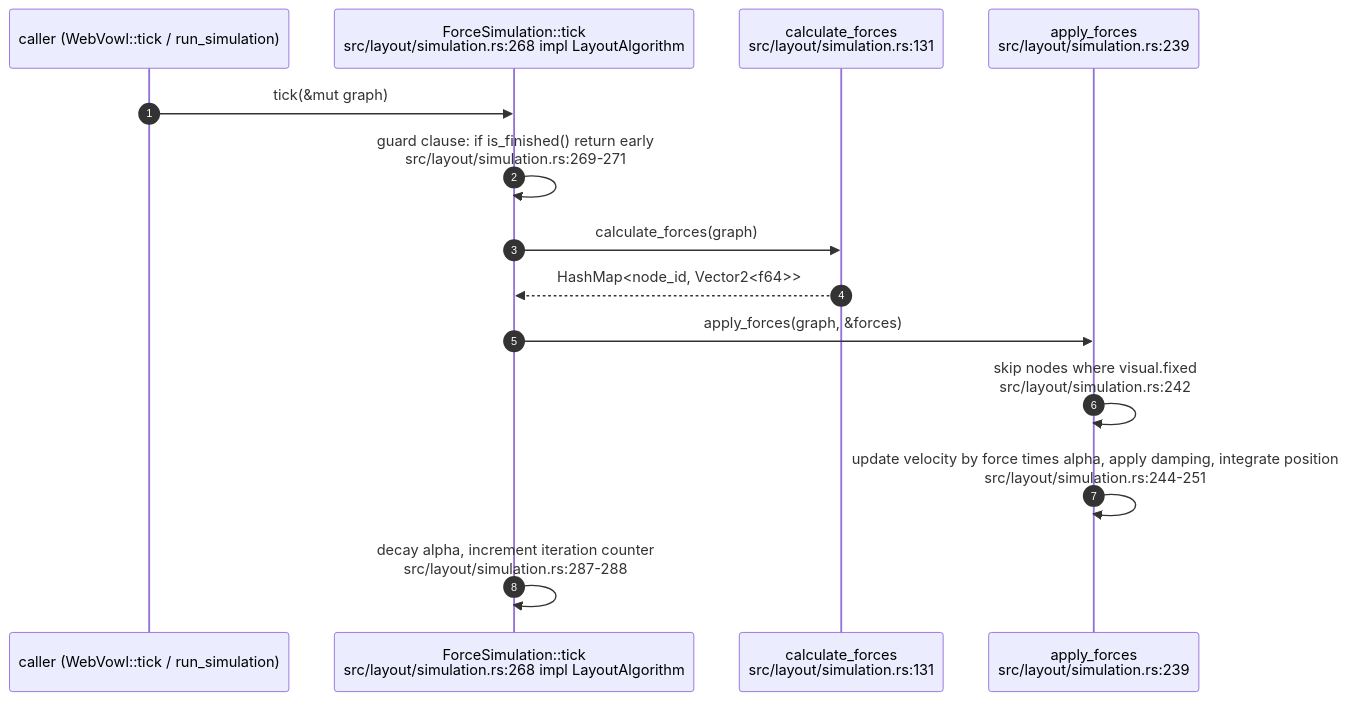
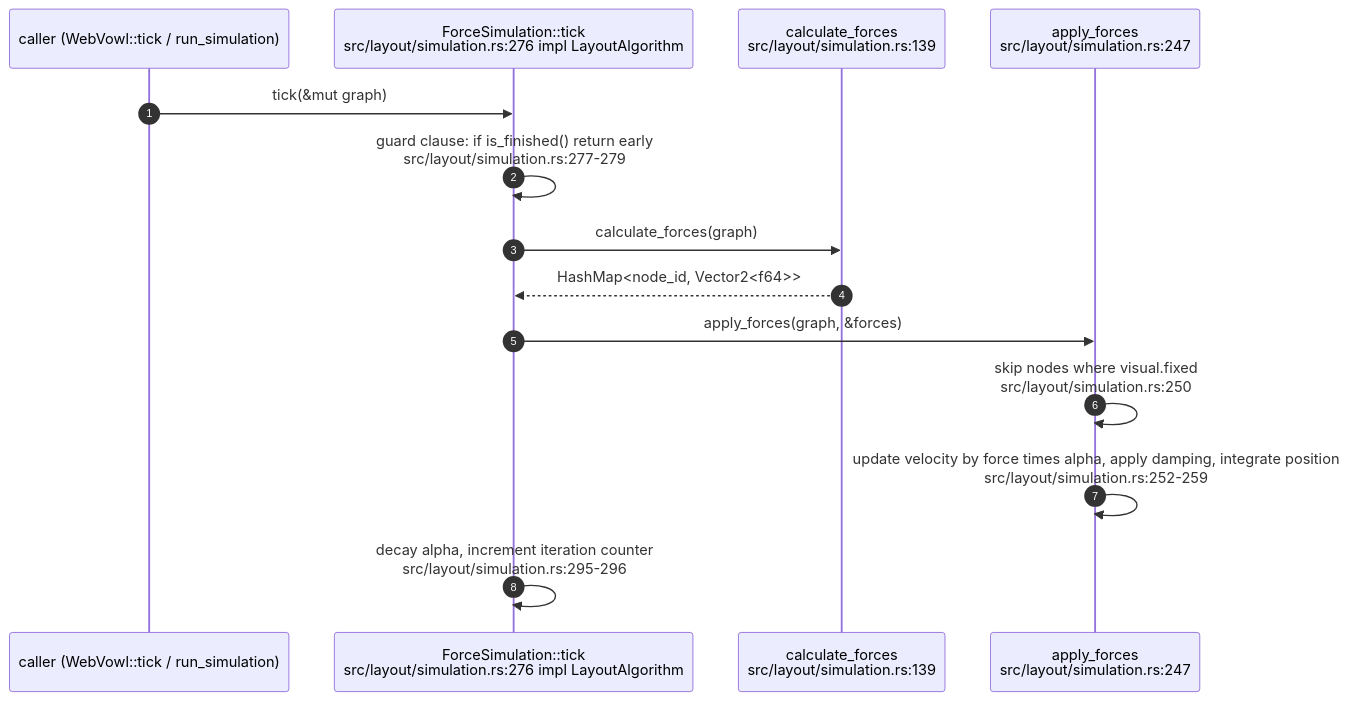
One commit to DreamLab-AI/VisionFlow changed the first of 9 diagrams in docs/diagrams/vowl-wasm/03-force-layout-lifecycle.md. Above: the diagram before and after it, drawn with Mermaid. The commit also changed other lines of this file and 160 other files, not shown here.

````diff
--- a/docs/diagrams/vowl-wasm/03-force-layout-lifecycle.md
+++ b/docs/diagrams/vowl-wasm/03-force-layout-lifecycle.md
@@ -21,16 +24,16 @@
 ```mermaid
 sequenceDiagram
     autonumber
     participant C as caller (WebVowl::tick / run_simulation)
-    participant FS as ForceSimulation::tick<br/>src/layout/simulation.rs:268 impl LayoutAlgorithm
-    participant CF as calculate_forces<br/>src/layout/simulation.rs:131
-    participant AF as apply_forces<br/>src/layout/simulation.rs:239
+    participant FS as ForceSimulation::tick<br/>src/layout/simulation.rs:276 impl LayoutAlgorithm
+    participant CF as calculate_forces<br/>src/layout/simulation.rs:139
+    participant AF as apply_forces<br/>src/layout/simulation.rs:247
     C->>FS: tick(&mut graph)
-    FS->>FS: guard clause: if is_finished() return early<br/>src/layout/simulation.rs:269-271
+    FS->>FS: guard clause: if is_finished() return early<br/>src/layout/simulation.rs:277-279
     FS->>CF: calculate_forces(graph)
     CF-->>FS: HashMap<node_id, Vector2<f64>>
     FS->>AF: apply_forces(graph, &forces)
-    AF->>AF: skip nodes where visual.fixed<br/>src/layout/simulation.rs:242
-    AF->>AF: update velocity by force times alpha, apply damping, integrate position<br/>src/layout/simulation.rs:244-251
-    FS->>FS: decay alpha, increment iteration counter<br/>src/layout/simulation.rs:287-288
+    AF->>AF: skip nodes where visual.fixed<br/>src/layout/simulation.rs:250
+    AF->>AF: update velocity by force times alpha, apply damping, integrate position<br/>src/layout/simulation.rs:252-259
+    FS->>FS: decay alpha, increment iteration counter<br/>src/layout/simulation.rs:295-296
 ```
````
